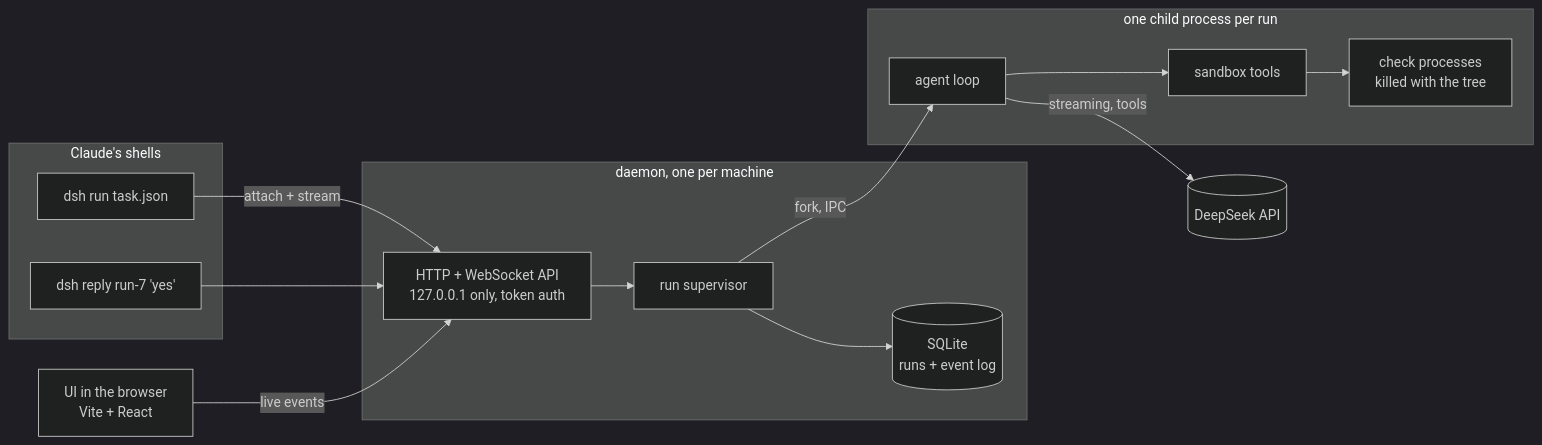
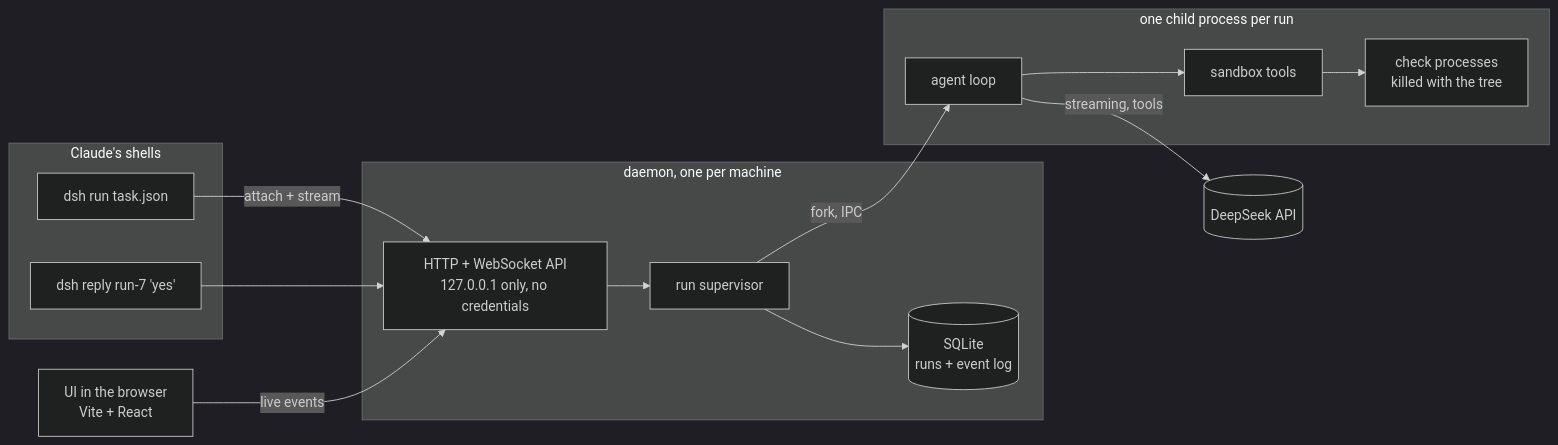
One commit to emil1326/DeepSeekMinimalHarness changed the diagram in docs/PLAN.md. Above: the diagram before and after it, drawn with Mermaid (dark theme). The commit also changed other lines of this file and 15 other files, not shown here.

````diff
--- a/docs/PLAN.md
+++ b/docs/PLAN.md
@@ -36,27 +36,27 @@
 ```mermaid
 flowchart LR
   subgraph shells[Claude's shells]
     cli1[dsh run task.json]
     cli2[dsh reply run-7 'yes']
   end
   ui[UI in the browser<br/>Vite + React]
   subgraph daemon[daemon, one per machine]
-    api[HTTP + WebSocket API<br/>127.0.0.1 only, token auth]
+    api[HTTP + WebSocket API<br/>127.0.0.1 only, no credentials]
     sup[run supervisor]
     db[(SQLite<br/>runs + event log)]
   end
   subgraph workers[one child process per run]
     loop[agent loop]
     tools[sandbox tools]
     checks[check processes<br/>killed with the tree]
   end
   ds[(DeepSeek API)]
   cli1 -- attach + stream --> api
   cli2 --> api
   ui -- live events --> api
   api --> sup
   sup --> db
   sup -- fork, IPC --> loop
   loop --> tools --> checks
   loop -- streaming, tools --> ds
 ```
````
